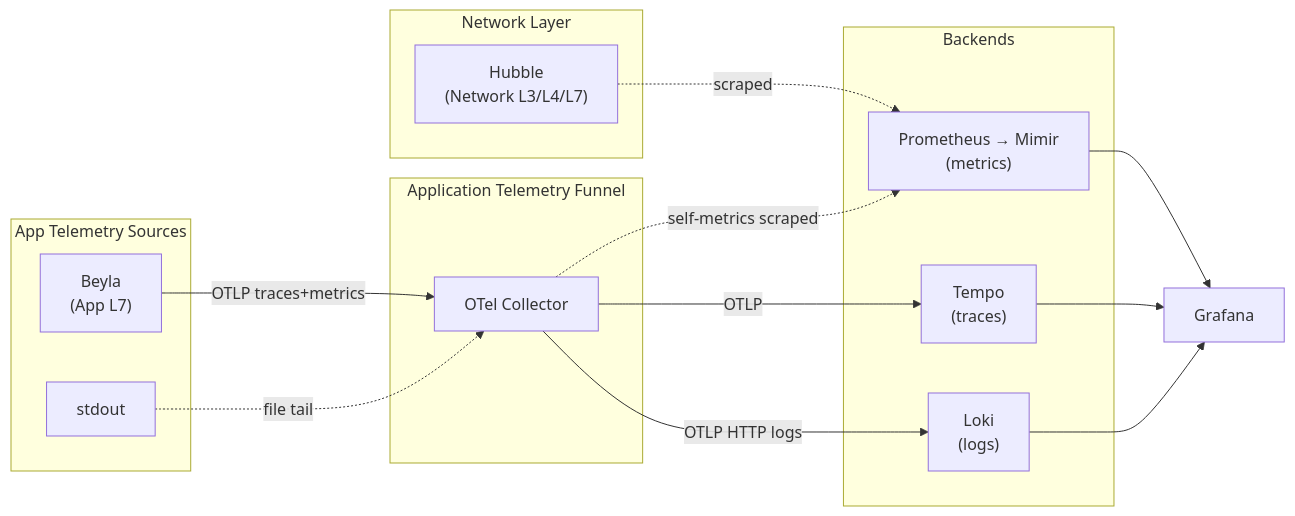
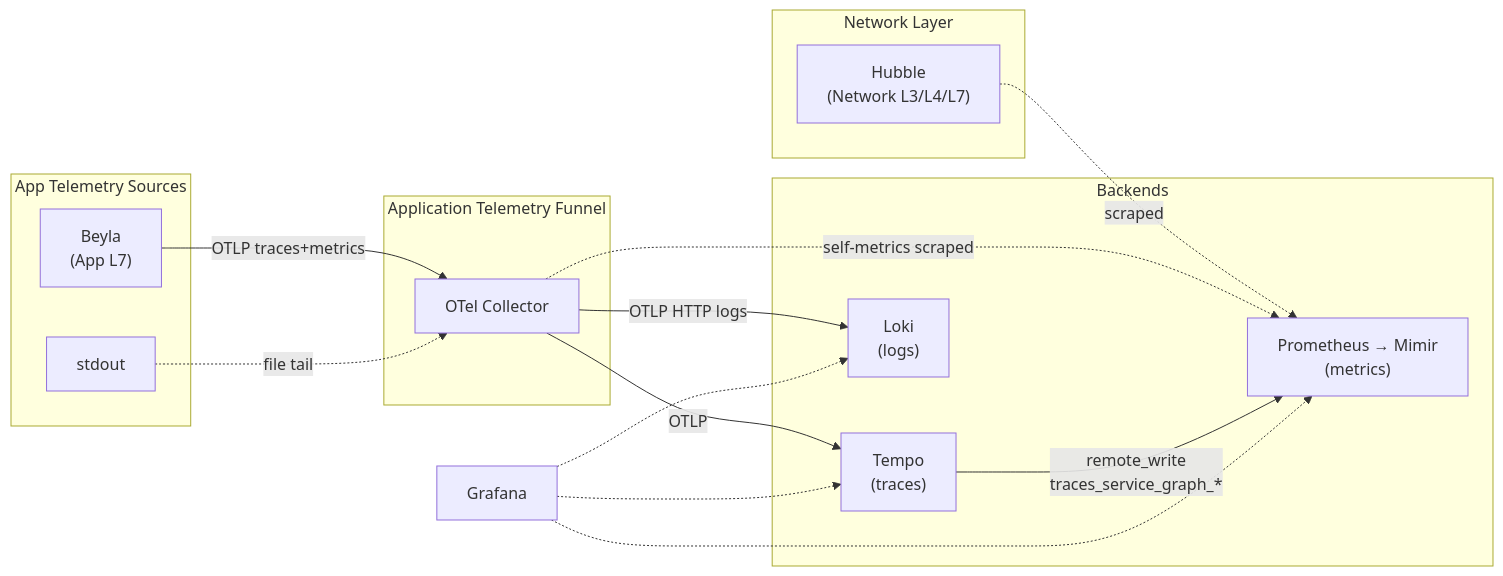
Before and after one commit to panicboat/platform: the second of 3 diagrams in kubernetes/README.md, drawn with Mermaid. The commit also changed other lines of this file and 6 other files, not shown here.

Commit message:
feat(eks): tempo metrics-generator + service graph datasource (#345)

````diff
--- a/kubernetes/README.md
+++ b/kubernetes/README.md
@@ -87,36 +90,38 @@
 ```mermaid
 flowchart LR
     subgraph NetSources["Network Layer"]
         H["Hubble<br/>(Network L3/L4/L7)"]
     end
 
     subgraph AppSources["App Telemetry Sources"]
         B["Beyla<br/>(App L7)"]
         L["stdout"]
     end
 
     subgraph Funnel["Application Telemetry Funnel"]
         OTel["OTel Collector"]
     end
 
     subgraph Backends["Backends"]
         P["Prometheus → Mimir<br/>(metrics)"]
         T["Tempo<br/>(traces)"]
         LO["Loki<br/>(logs)"]
     end
 
     Grafana["Grafana"]
 
     H -.->|scraped| P
 
     B -->|OTLP traces+metrics| OTel
     L -.->|file tail| OTel
 
     OTel -.->|self-metrics scraped| P
     OTel -->|OTLP| T
     OTel -->|OTLP HTTP logs| LO
 
-    P --> Grafana
-    T --> Grafana
-    LO --> Grafana
+    T -->|remote_write<br/>traces_service_graph_*| P
+
+    Grafana -.-> P
+    Grafana -.-> T
+    Grafana -.-> LO
 ```
````
